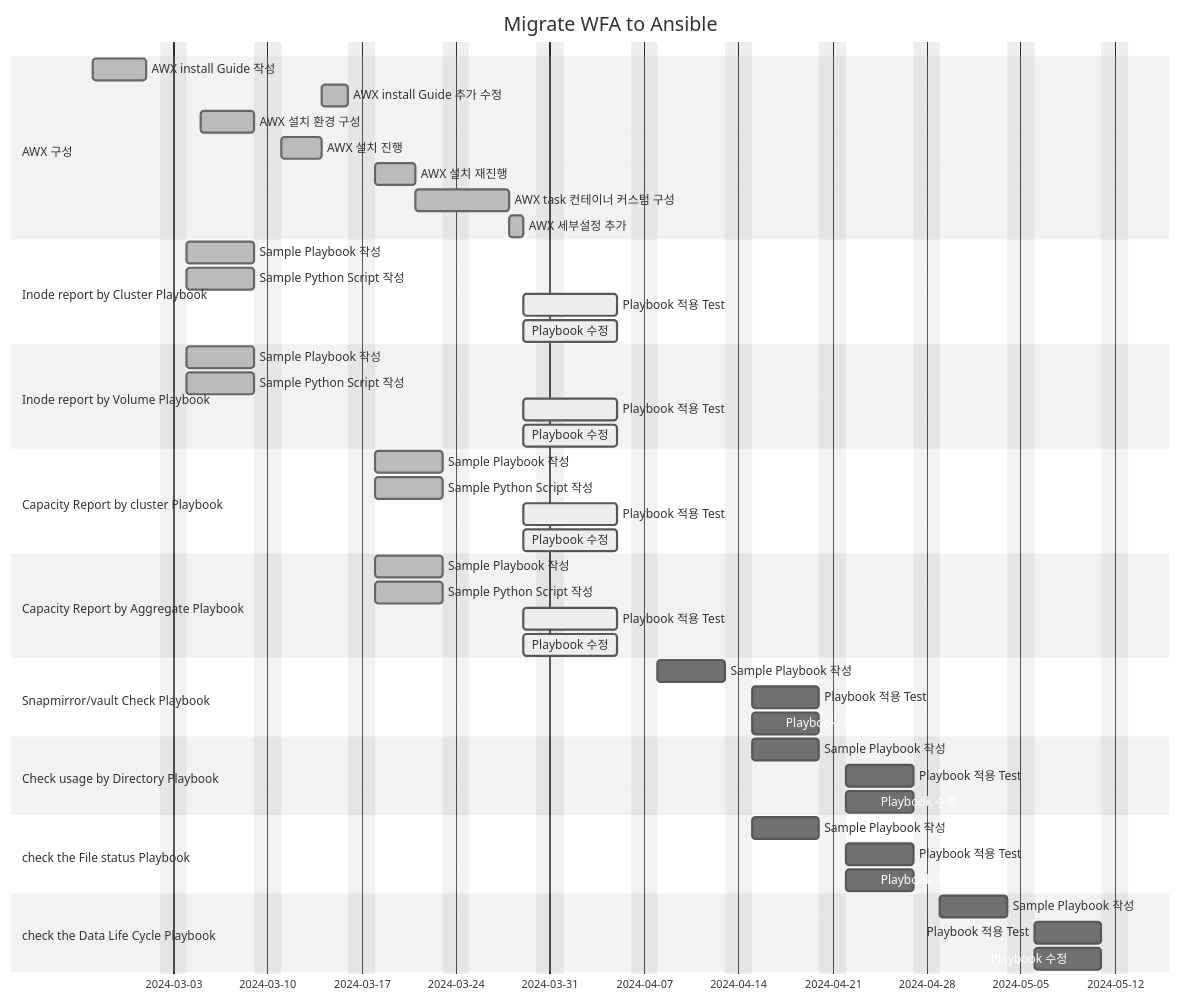
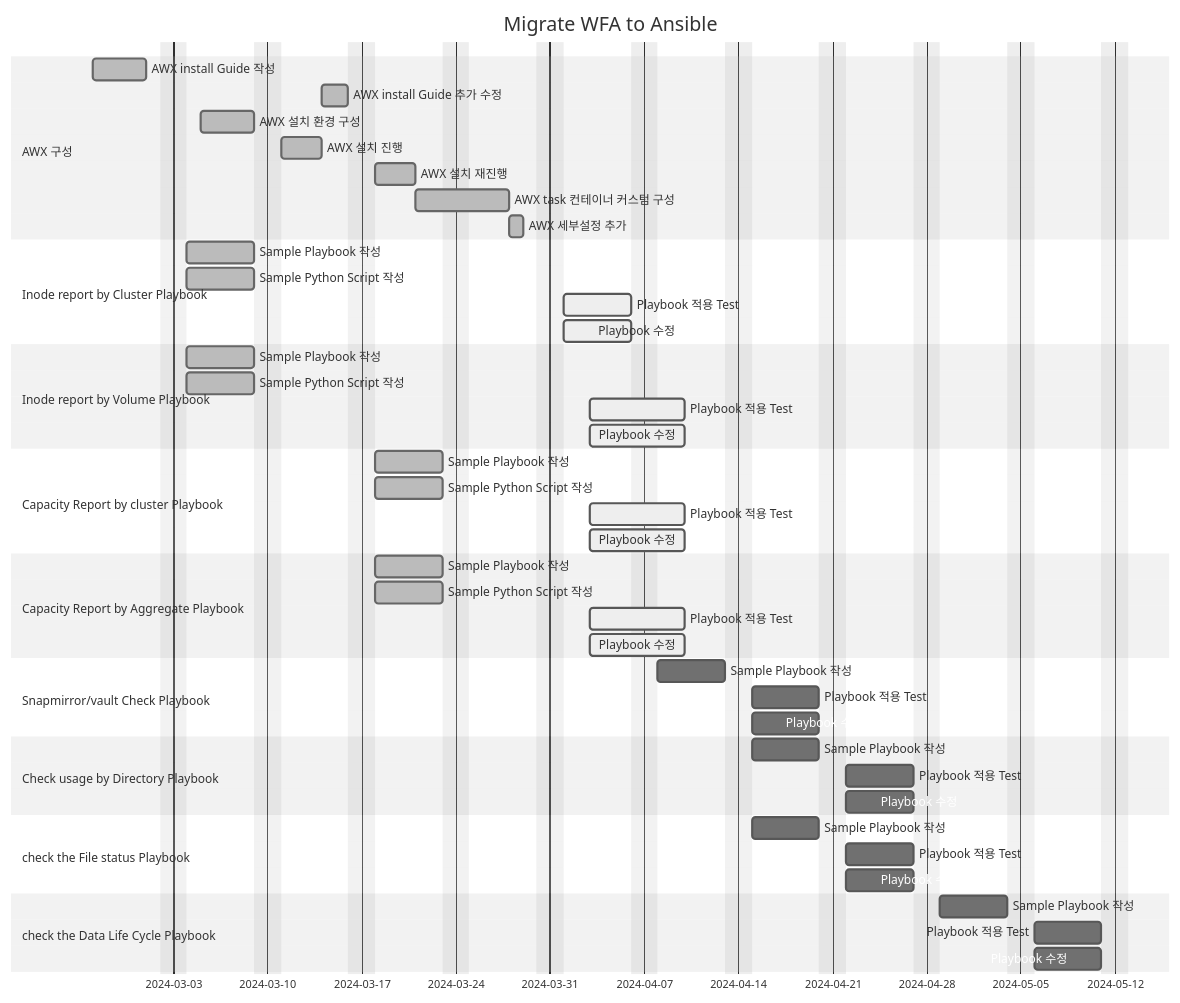
One commit to netappkr/AnsiblePlaybook changed the diagram in SKHynix/Readme.md. Above: the diagram before and after it, drawn with Mermaid (neutral theme).

````diff
--- a/SKHynix/Readme.md
+++ b/SKHynix/Readme.md
@@ -64,60 +64,60 @@
 ```mermaid
 gantt
     title Migrate WFA to Ansible
     dateFormat  YYYY-MM-DD
     excludes    weekends
 
     section AWX 구성
     AWX install Guide 작성  : done, awx1, 2024-02-26, 4d
     AWX install Guide 추가 수정  : done, awx1-1, after awx3, 2d
     AWX 설치 환경 구성  : done, awx2, 2024-03-05, 4d
     AWX 설치 진행 : done, awx3, after awx2 , 3d
     AWX 설치 재진행 : done, awx3-1, after awx1-1 , 3d
     AWX task 컨테이너 커스텀 구성: done, awx3-2, after awx3-1, 5d
     AWX 세부설정 추가 : done, awx4, after awx3-2, 1d
     
 
     section Inode report by Cluster Playbook
     Sample Playbook 작성 : done, p1-1, 2024-03-04, 5d
     Sample Python Script 작성 : done, p1-2, 2024-03-04, 5d
-    Playbook 적용 Test: active, p1-3, after awx4,  5d
-    Playbook 수정 : active, p1-4, after awx4 , 5d
+    Playbook 적용 Test: active, p1-3, 2024-04-01,  5d
+    Playbook 수정 : active, p1-4, 2024-04-01 , 5d
 
     section Inode report by Volume Playbook
     Sample Playbook 작성 : done, p2-1, 2024-03-04, 5d
     Sample Python Script 작성 : done, p2-2, 2024-03-04, 5d
-    Playbook 적용 Test: active, p2-3, after awx4,  5d
-    Playbook 수정 : active, p2-4, after awx4 , 5d
+    Playbook 적용 Test: active, p2-3, 2024-04-03,  5d
+    Playbook 수정 : active, p2-4, 2024-04-03 , 5d
 
     section Capacity Report by cluster Playbook
     Sample Playbook 작성 : done, p3-1, 2024-03-18, 5d
     Sample Python Script 작성 : done, p3-2, 2024-03-18, 5d
-    Playbook 적용 Test: active, p3-3, after awx4,  5d
-    Playbook 수정 : active, p3-4, after awx4 , 5d
+    Playbook 적용 Test: active, p3-3, 2024-04-03,  5d
+    Playbook 수정 : active, p3-4, 2024-04-03 , 5d
 
     section Capacity Report by Aggregate Playbook
     Sample Playbook 작성 : done, p4-1, 2024-03-18, 5d
     Sample Python Script 작성 : done, p4-2, 2024-03-18, 5d
-    Playbook 적용 Test: active, p4-3, after awx4,  5d
-    Playbook 수정 : active, p4-3, after awx4 , 5d
+    Playbook 적용 Test: active, p4-3, 2024-04-03,  5d
+    Playbook 수정 : active, p4-3, 2024-04-03 , 5d
 
     section Snapmirror/vault Check Playbook
     Sample Playbook 작성 : p6-1, 2024-04-08, 5d
     Playbook 적용 Test: p6-2, after p6-1,  5d
     Playbook 수정 : p6-3, after p6-1 , 5d
 
     section Check usage by Directory Playbook
     Sample Playbook 작성 : p7-1, 2024-04-15, 5d
     Playbook 적용 Test: p7-2, after p7-1,  5d
     Playbook 수정 : p7-3, after p7-1 , 5d
 
     section check the File status Playbook
     Sample Playbook 작성 : p8-1, 2024-04-15, 5d
     Playbook 적용 Test: p8-2, after p8-1,  5d
     Playbook 수정 : p8-3, after p8-1 , 5d
 
     section check the Data Life Cycle Playbook
     Sample Playbook 작성 : p10-1, 2024-04-29, 5d
     Playbook 적용 Test: p10-2, after p10-1,  5d
     Playbook 수정 : p10-3, after p10-1 , 5d
 ```
````
